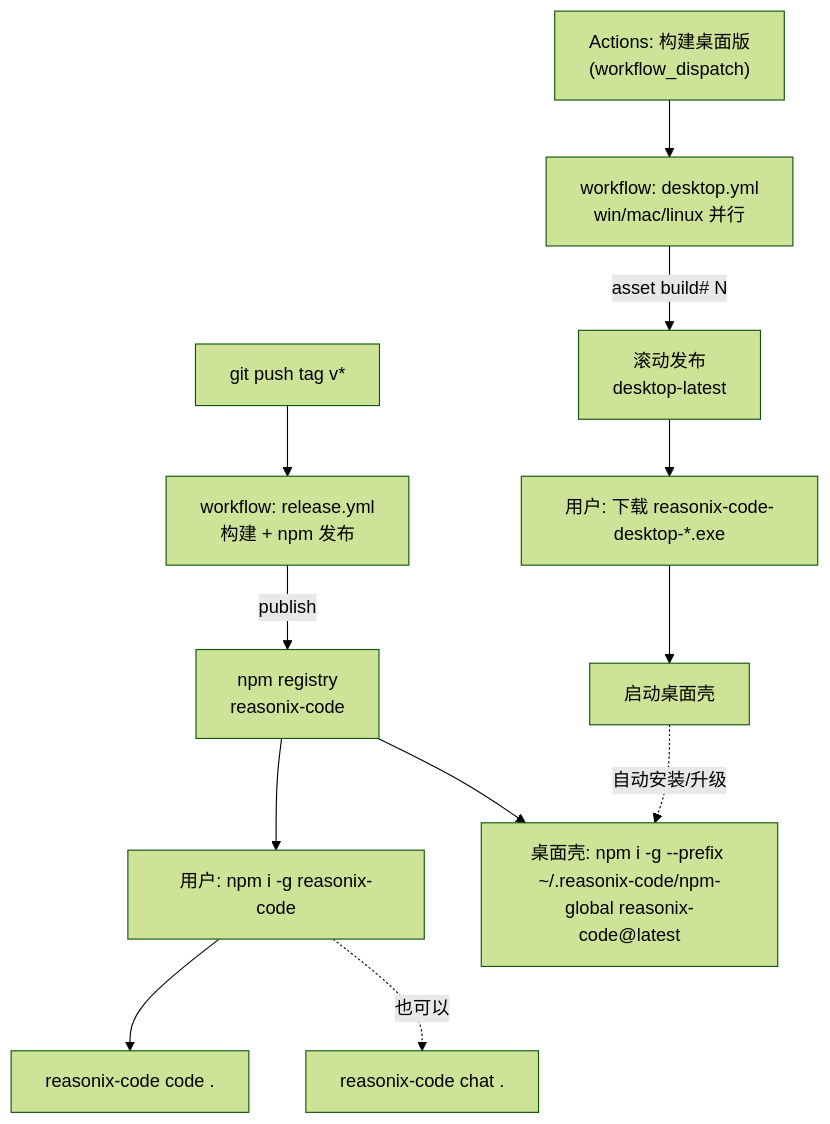
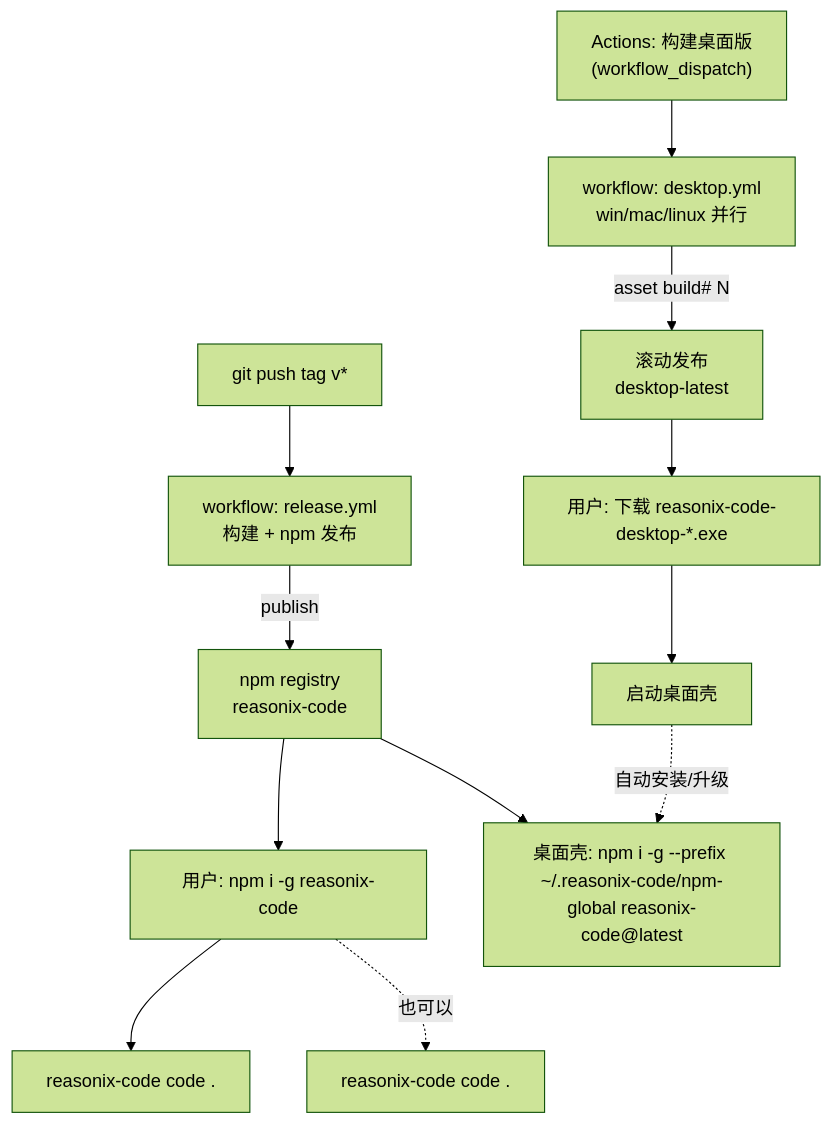
One commit to Zehee/Reasonix-Code changed the second of 7 diagrams in docs/flow-overview.md. Above: the diagram before and after it, drawn with Mermaid (forest theme). The commit also changed 25 other files, not shown here.

First line of the commit message:
fix(cli): close review findings from chat removal — unknown-command guard + residue cleanup

````diff
--- a/docs/flow-overview.md
+++ b/docs/flow-overview.md
@@ -73,18 +73,18 @@
 ```mermaid
 flowchart TD
     TAG["git push tag v*"] --> REL["workflow: release.yml<br/>构建 + npm 发布"]
     REL -->|publish| REG["npm registry<br/>reasonix-code"]
 
     MANUAL["Actions: 构建桌面版<br/>(workflow_dispatch)"] --> DWF["workflow: desktop.yml<br/>win/mac/linux 并行"]
     DWF -->|asset build# N| DREL["滚动发布<br/>desktop-latest"]
 
     REG --> CLI1["用户: npm i -g reasonix-code"]
     REG --> CLI2["桌面壳: npm i -g --prefix ~/.reasonix-code/npm-global reasonix-code@latest"]
     DREL --> CLI3["用户: 下载 reasonix-code-desktop-*.exe"]
 
     CLI1 --> RUN1["reasonix-code code ."]
     CLI3 --> RUN2["启动桌面壳"]
     RUN2 -. 自动安装/升级 .-> CLI2
 
-    CLI1 -. "也可以" .-> RUN3["reasonix-code chat ."]
+    CLI1 -. "也可以" .-> RUN3["reasonix-code code ."]
 ```
````
